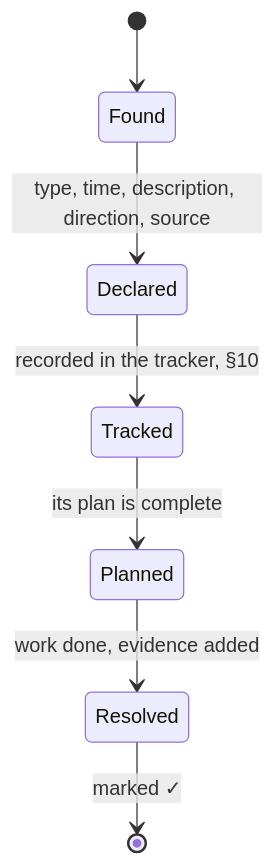
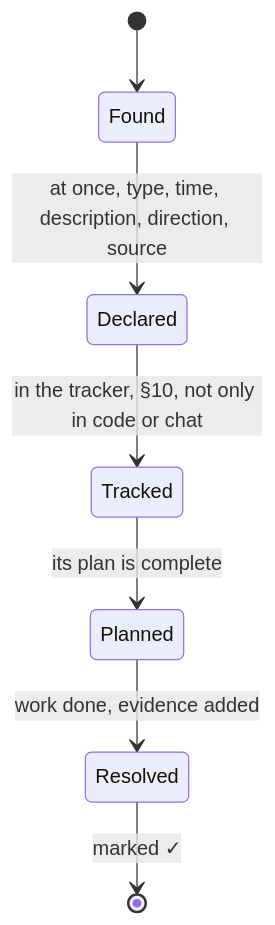
Diagram 13 of 14 in AGENTS.md (SolenixAI/arbiter), drawn with Mermaid before and after one commit. The commit also changed other lines of this file, not shown here.

Commit message:
docs(agents): section 12 declares at once in the tracker; section 11: a picture is worth a thousand words

````diff
--- a/AGENTS.md
+++ b/AGENTS.md
@@ -518,9 +520,9 @@
 ```mermaid
 stateDiagram-v2
   [*] --> Found
-  Found --> Declared: type, time, description, direction, source
-  Declared --> Tracked: recorded in the tracker, §10
+  Found --> Declared: at once, type, time, description, direction, source
+  Declared --> Tracked: in the tracker, §10, not only in code or chat
   Tracked --> Planned: its plan is complete
   Planned --> Resolved: work done, evidence added
   Resolved --> [*]: marked ✓
 ```
````
